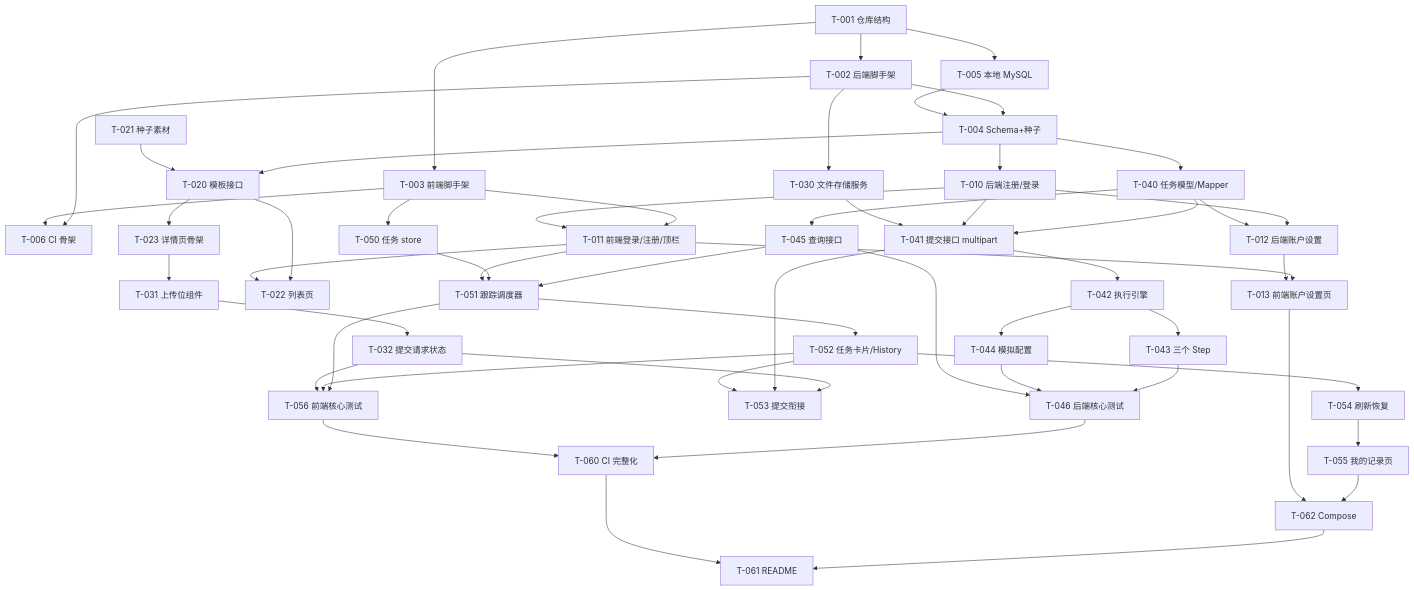
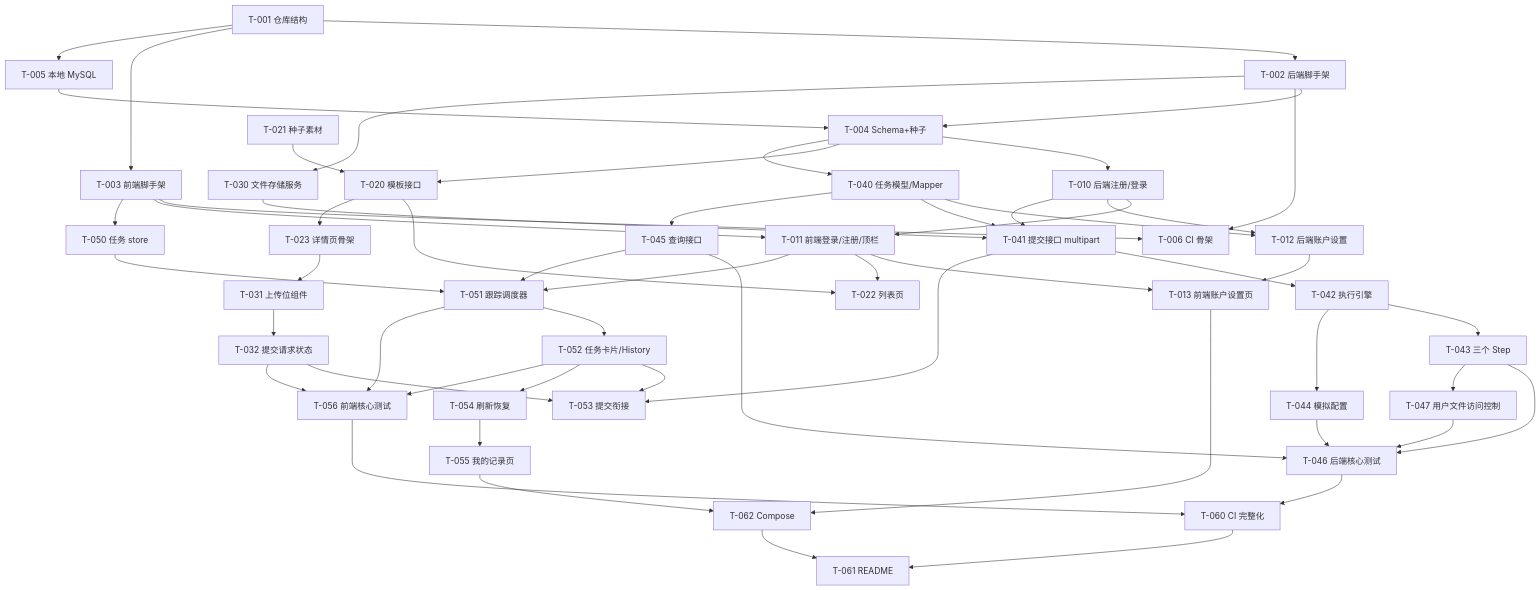
Before and after one commit to Brayton-Han/PlayWithMaterials: the diagram in docs/backlog.md, drawn with Mermaid. The commit also changed other lines of this file and 6 other files, not shown here.

First line of the commit message:
docs: add architecture, database, API contract and implementation plan

````diff
--- a/docs/backlog.md
+++ b/docs/backlog.md
@@ -28,61 +28,63 @@
 ```mermaid
 flowchart TD
   T001[T-001 仓库结构] --> T002[T-002 后端脚手架]
   T001 --> T003[T-003 前端脚手架]
   T001 --> T005[T-005 本地 MySQL]
   T002 --> T004[T-004 Schema+种子]
   T005 --> T004
   T002 --> T006[T-006 CI 骨架]
   T003 --> T006
 
   T004 --> T010[T-010 后端注册/登录]
   T003 --> T011[T-011 前端登录/注册/顶栏]
   T010 --> T011
   T010 --> T012[T-012 后端账户设置]
   T040 --> T012
   T011 --> T013[T-013 前端账户设置页]
   T012 --> T013
 
   T004 --> T020[T-020 模板接口]
   T021[T-021 种子素材] --> T020
   T020 --> T022[T-022 列表页]
   T011 --> T022
   T020 --> T023[T-023 详情页骨架]
 
   T002 --> T030[T-030 文件存储服务]
   T023 --> T031[T-031 上传位组件]
   T031 --> T032[T-032 提交请求状态]
 
   T004 --> T040[T-040 任务模型/Mapper]
   T040 --> T041[T-041 提交接口 multipart]
   T010 --> T041
   T030 --> T041
   T041 --> T042[T-042 执行引擎]
   T042 --> T043[T-043 三个 Step]
   T042 --> T044[T-044 模拟配置]
   T040 --> T045[T-045 查询接口]
   T043 --> T046[T-046 后端核心测试]
   T044 --> T046
   T045 --> T046
+  T043 --> T047[T-047 用户文件访问控制]
+  T047 --> T046
 
   T003 --> T050[T-050 任务 store]
   T045 --> T051[T-051 跟踪调度器]
   T050 --> T051
   T011 --> T051
   T051 --> T052[T-052 任务卡片/History]
   T032 --> T053[T-053 提交衔接]
   T041 --> T053
   T052 --> T053
   T052 --> T054[T-054 刷新恢复]
   T054 --> T055[T-055 我的记录页]
   T051 --> T056[T-056 前端核心测试]
   T052 --> T056
   T032 --> T056
 
   T046 --> T060[T-060 CI 完整化]
   T056 --> T060
   T055 --> T062[T-062 Compose]
   T013 --> T062
   T062 --> T061[T-061 README]
   T060 --> T061
 ```
````
